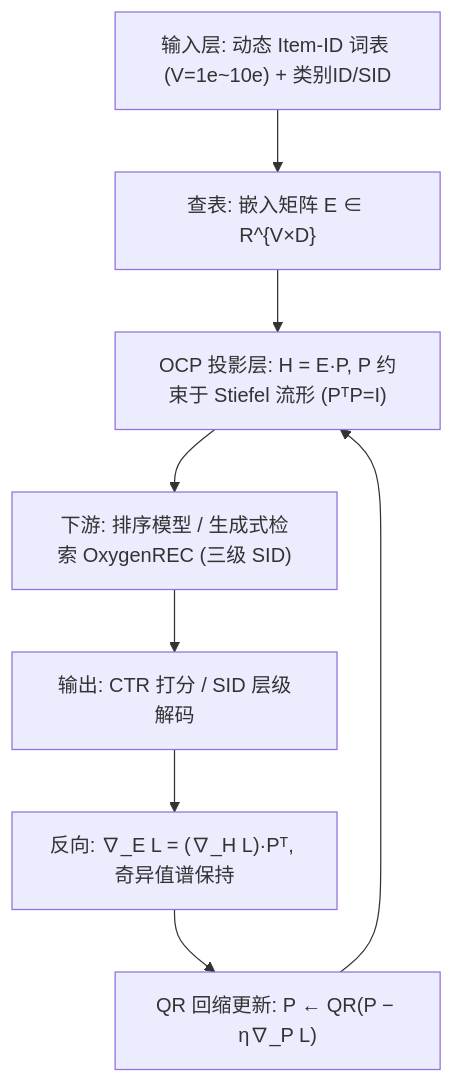
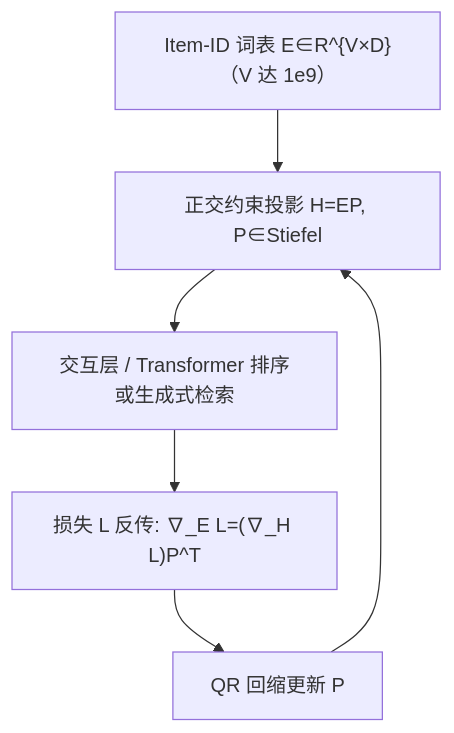
One commit to jbdcia321vw/Paper-Notes changed the diagram in docs/venues/SIGIR/2026/collaborative_filtering/ocp_orthogonal_constrained_projection_for_sparse_scaling_in_industrial_comm.md. Above: the diagram before and after it, drawn with Mermaid. The commit also changed other lines of this file and 1119 other files, not shown here.

````diff
--- a/docs/venues/SIGIR/2026/collaborative_filtering/ocp_orthogonal_constrained_projection_for_sparse_scaling_in_industrial_comm.md
+++ b/docs/venues/SIGIR/2026/collaborative_filtering/ocp_orthogonal_constrained_projection_for_sparse_scaling_in_industrial_comm.md
@@ -56,10 +47,8 @@
 ```mermaid
 flowchart TD
-    A["输入层: 动态 Item-ID 词表 (V=1e~10e) + 类别ID/SID"] --> B["查表: 嵌入矩阵 E ∈ R^{V×D}"]
-    B --> C["OCP 投影层: H = E·P, P 约束于 Stiefel 流形 (PᵀP=I)"]
-    C --> D["下游: 排序模型 / 生成式检索 OxygenREC (三级 SID)"]
-    D --> E["输出: CTR 打分 / SID 层级解码"]
-    E --> F["反向: ∇_E L = (∇_H L)·Pᵀ, 奇异值谱保持"]
-    F --> G["QR 回缩更新: P ← QR(P − η∇_P L)"]
-    G --> C
+    A["Item-ID 词表 E∈R^{V×D}（V 达 1e9）"] --> B["正交约束投影 H=EP, P∈Stiefel"]
+    B --> C["交互层 / Transformer 排序或生成式检索"]
+    C --> D["损失 L 反传: ∇_E L=(∇_H L)P^T"]
+    D --> E["QR 回缩更新 P"]
+    E --> B
 ```
````
